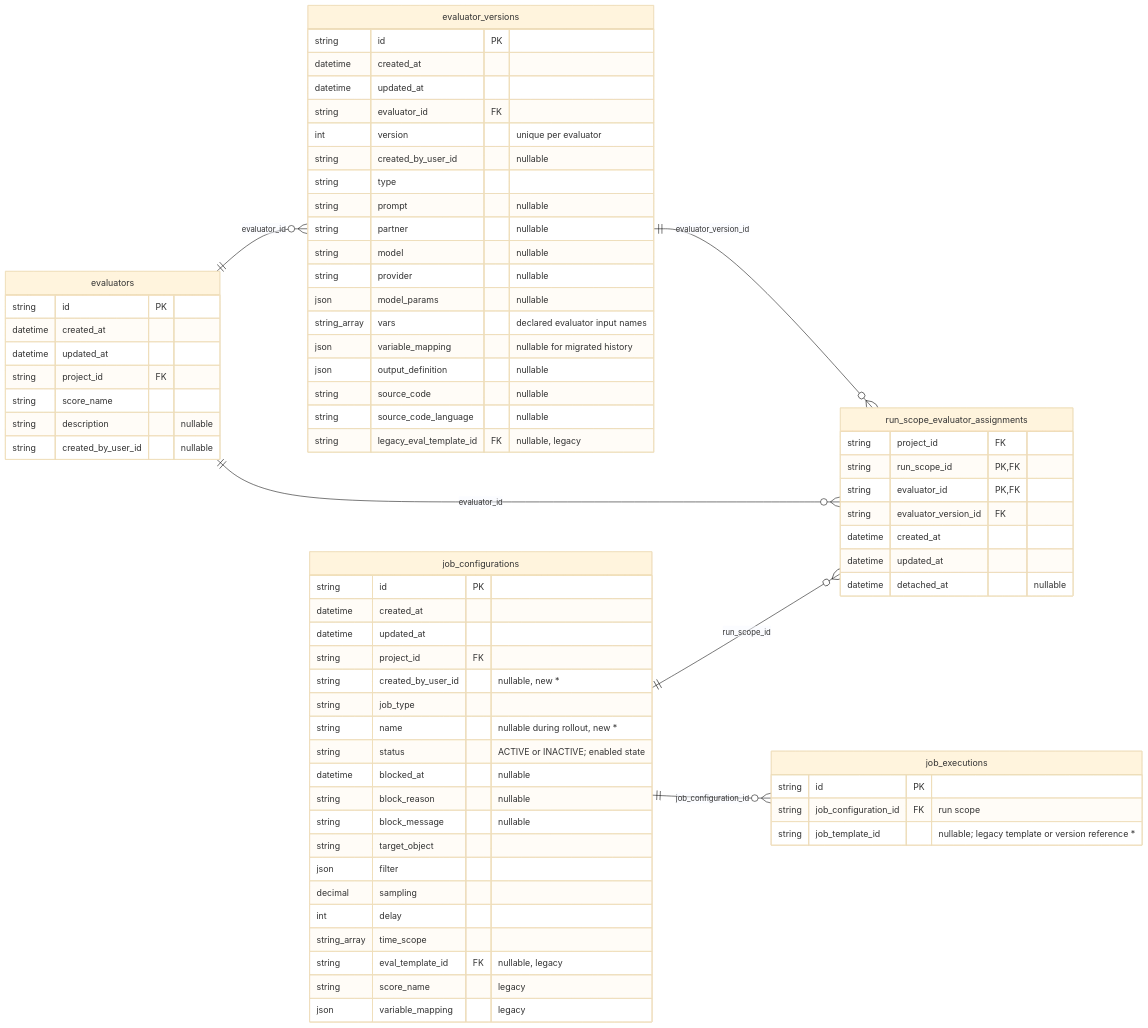
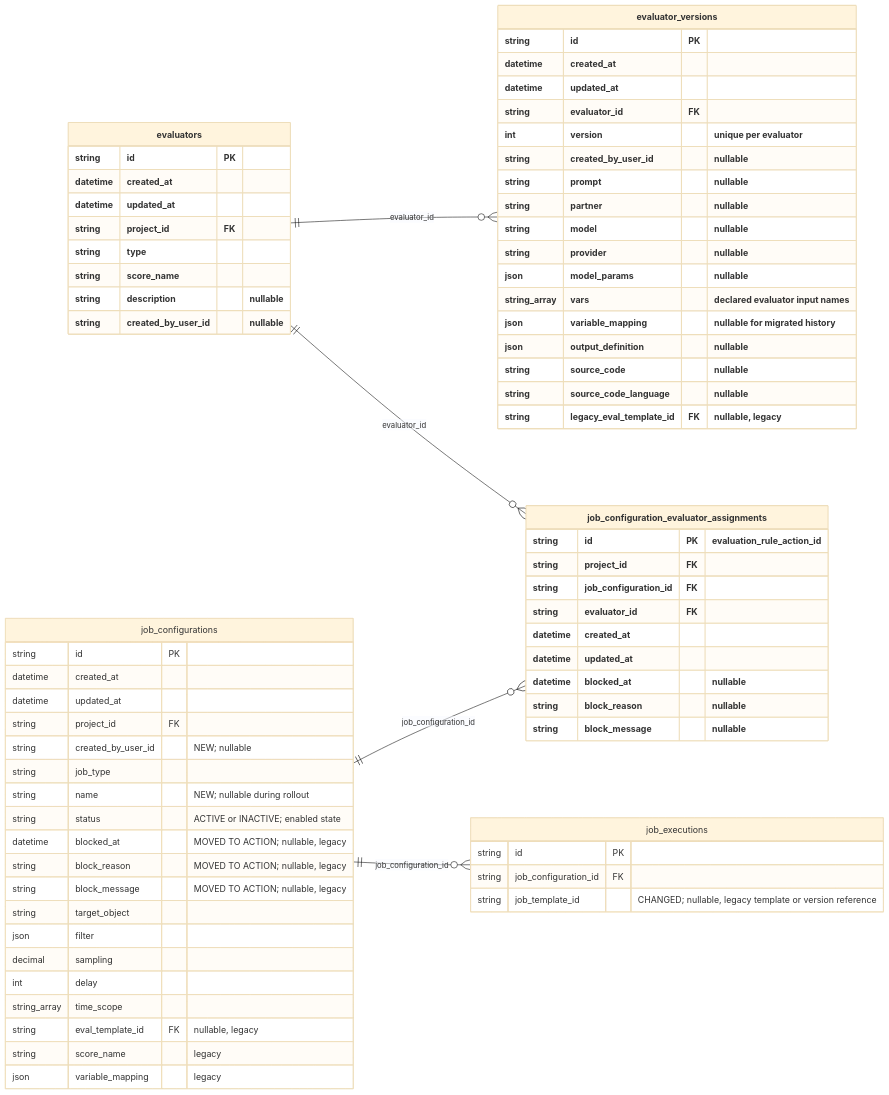
The second of 3 diagrams in EVALUATOR_DATABASE_MIGRATION.md (langfuse/langfuse), drawn with Mermaid (base theme) before and after one commit. The commit also changed other lines of this file and 27 other files, not shown here.

````diff
--- a/EVALUATOR_DATABASE_MIGRATION.md
+++ b/EVALUATOR_DATABASE_MIGRATION.md
@@ -129,9 +134,8 @@
 erDiagram
     direction LR
     evaluators ||--o{ evaluator_versions : "evaluator_id"
-    job_configurations ||--o{ run_scope_evaluator_assignments : "run_scope_id"
-    evaluators ||--o{ run_scope_evaluator_assignments : "evaluator_id"
-    evaluator_versions ||--o{ run_scope_evaluator_assignments : "evaluator_version_id"
+    job_configurations ||--o{ job_configuration_evaluator_assignments : "job_configuration_id"
+    evaluators ||--o{ job_configuration_evaluator_assignments : "evaluator_id"
     job_configurations ||--o{ job_executions : "job_configuration_id"
 
     evaluators {
@@ -139,6 +143,7 @@
         datetime created_at
         datetime updated_at
         string project_id FK
+        string type
         string score_name
         string description "nullable"
         string created_by_user_id "nullable"
@@ -151,7 +156,6 @@
         string evaluator_id FK
         int version "unique per evaluator"
         string created_by_user_id "nullable"
-        string type
         string prompt "nullable"
         string partner "nullable"
         string model "nullable"
@@ -170,13 +174,13 @@
         datetime created_at
         datetime updated_at
         string project_id FK
-        string created_by_user_id "nullable, new *"
+        string created_by_user_id "NEW; nullable"
         string job_type
-        string name "nullable during rollout, new *"
+        string name "NEW; nullable during rollout"
         string status "ACTIVE or INACTIVE; enabled state"
-        datetime blocked_at "nullable"
-        string block_reason "nullable"
-        string block_message "nullable"
+        datetime blocked_at "MOVED TO ACTION; nullable, legacy"
+        string block_reason "MOVED TO ACTION; nullable, legacy"
+        string block_message "MOVED TO ACTION; nullable, legacy"
         string target_object
         json filter
         decimal sampling
@@ -187,19 +191,26 @@
         json variable_mapping "legacy"
     }
 
-    run_scope_evaluator_assignments {
+    job_configuration_evaluator_assignments {
+        string id PK "evaluation_rule_action_id"
         string project_id FK
-        string run_scope_id PK, FK
-        string evaluator_id PK, FK
-        string evaluator_version_id FK
+        string job_configuration_id FK
+        string evaluator_id FK
         datetime created_at
         datetime updated_at
-        datetime detached_at "nullable"
+        datetime blocked_at "nullable"
+        string block_reason "nullable"
+        string block_message "nullable"
     }
 
     job_executions {
         string id PK
-        string job_configuration_id FK "run scope"
-        string job_template_id "nullable; legacy template or version reference *"
+        string job_configuration_id FK
+        string job_template_id "CHANGED; nullable, legacy template or version reference"
     }
+
+    classDef newEntity font-weight:bold,stroke-width:2px
+    class evaluators newEntity
+    class evaluator_versions newEntity
+    class job_configuration_evaluator_assignments newEntity
 ```
````
